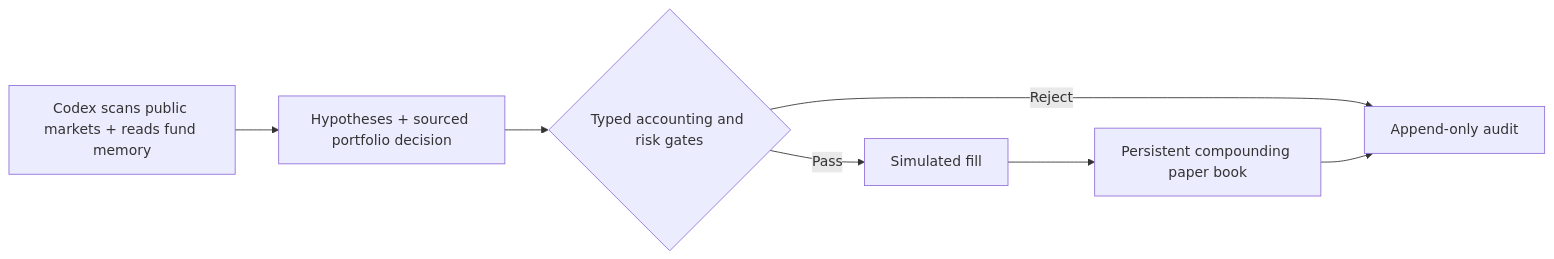
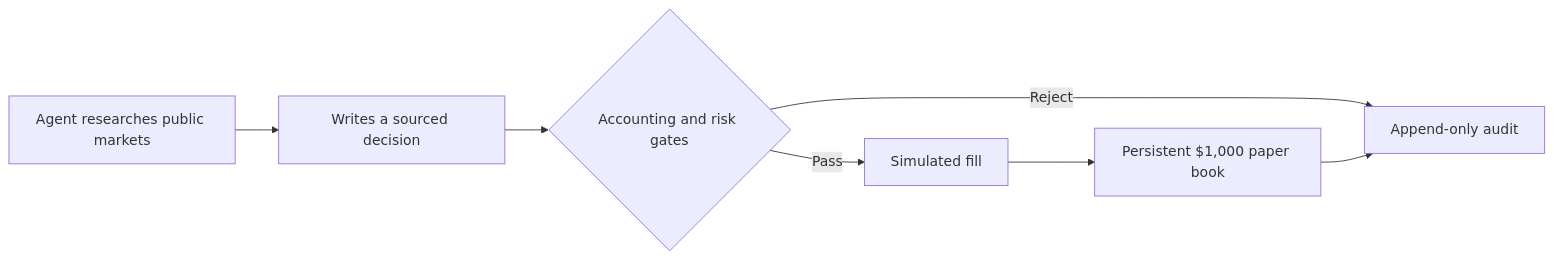
The diagram in README.md (Amadeus415/agentic_trading), drawn with Mermaid before and after one commit. The commit also changed other lines of this file, not shown here.

First line of the commit message:
Rewrite the README so the paper-fund experiment is obvious.

````diff
--- a/README.md
+++ b/README.md
@@ -30,9 +27,9 @@
 ```mermaid
 flowchart LR
-    C["Codex scans public markets + reads fund memory"] --> D["Hypotheses + sourced portfolio decision"]
-    D --> G{"Typed accounting and risk gates"}
-    G -->|Reject| A["Append-only audit"]
-    G -->|Pass| P["Simulated fill"]
-    P --> B["Persistent compounding paper book"]
-    B --> A
+    A["Agent researches public markets"] --> B["Writes a sourced decision"]
+    B --> C{"Accounting and risk gates"}
+    C -->|Reject| D["Append-only audit"]
+    C -->|Pass| E["Simulated fill"]
+    E --> F["Persistent $1,000 paper book"]
+    F --> D
 ```
````
